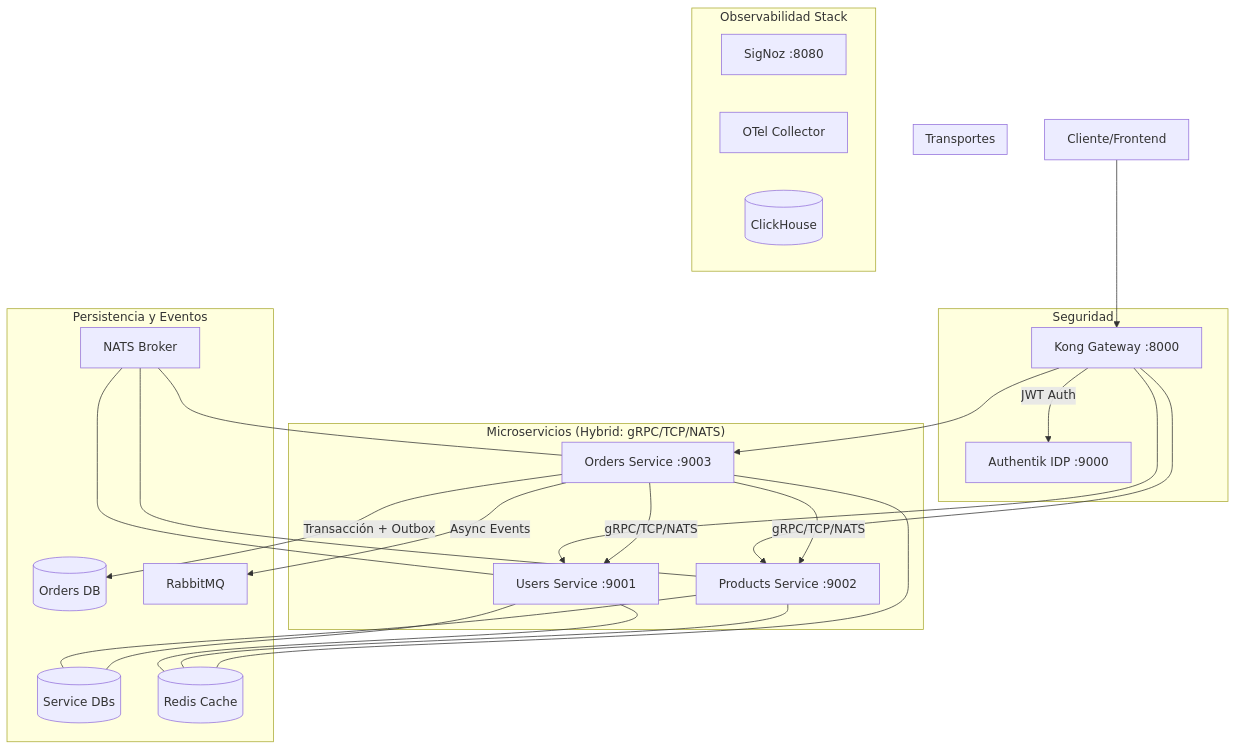
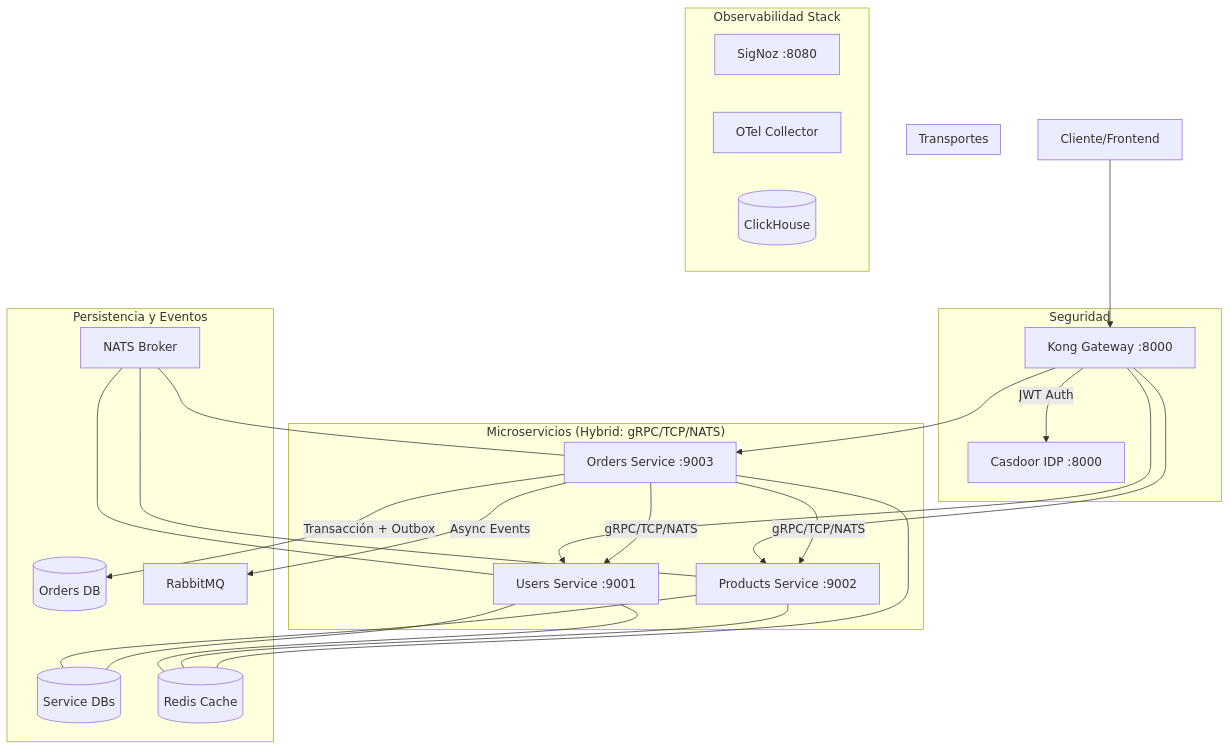
One commit to bleidertcs/ecommerce-microservices changed the diagram in MASTER_GUIDE.md. Above: the diagram before and after it, drawn with Mermaid. The commit also changed other lines of this file and 52 other files, not shown here.

````diff
--- a/MASTER_GUIDE.md
+++ b/MASTER_GUIDE.md
@@ -9,33 +9,33 @@
 ```mermaid
 graph TD
     Client[Cliente/Frontend] --> Kong[Kong Gateway :8000]
 
     subgraph "Seguridad"
-        Kong --> |JWT Auth| AK[Authentik IDP :9000]
+        Kong --> |JWT Auth| CD[Casdoor IDP :8000]
     end
 
     subgraph "Microservicios (Hybrid: gRPC/TCP/NATS)"
         Kong --> Users[Users Service :9001]
         Kong --> Products[Products Service :9002]
         Kong --> Orders[Orders Service :9003]
     end
 
     subgraph "Transportes"
         Orders -- "gRPC/TCP/NATS" --> Users
         Orders -- "gRPC/TCP/NATS" --> Products
     end
 
     subgraph "Persistencia y Eventos"
         Orders -- "Transacción + Outbox" --> DB[(Orders DB)]
         Orders -- "Async Events" --> RMQ[RabbitMQ]
         Products & Users --- PDB[(Service DBs)]
         Users & Products & Orders --- Redis[(Redis Cache)]
         NATS[NATS Broker] --- Users & Products & Orders
     end
 
     subgraph "Observabilidad Stack"
         SigNoz[SigNoz :8080]
         OTelCol[OTel Collector]
         CH[(ClickHouse)]
     end
 ```
````
